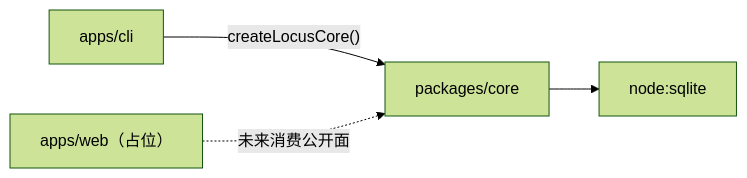
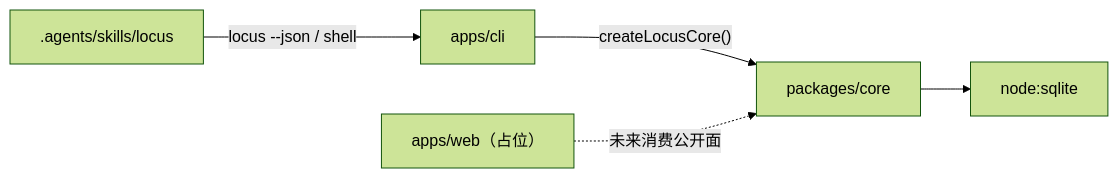
Before and after one commit to SWdrift/locus-workspace: the diagram in docs/architecture.md, drawn with Mermaid (forest theme). The commit also changed other lines of this file and 27 other files, not shown here.

Commit message:
feat: 增加 Workspace 挂载、统一 Shell 与 Skill

````diff
--- a/docs/architecture.md
+++ b/docs/architecture.md
@@ -21,6 +22,7 @@
 ```mermaid
 flowchart LR
     CLI["apps/cli"] -->|"createLocusCore()"| CORE["packages/core"]
+    SKILL[".agents/skills/locus"] -->|"locus --json / shell"| CLI
     CORE --> SQLITE["node:sqlite"]
     WEB["apps/web（占位）"] -.->|"未来消费公开面"| CORE
 ```
````
